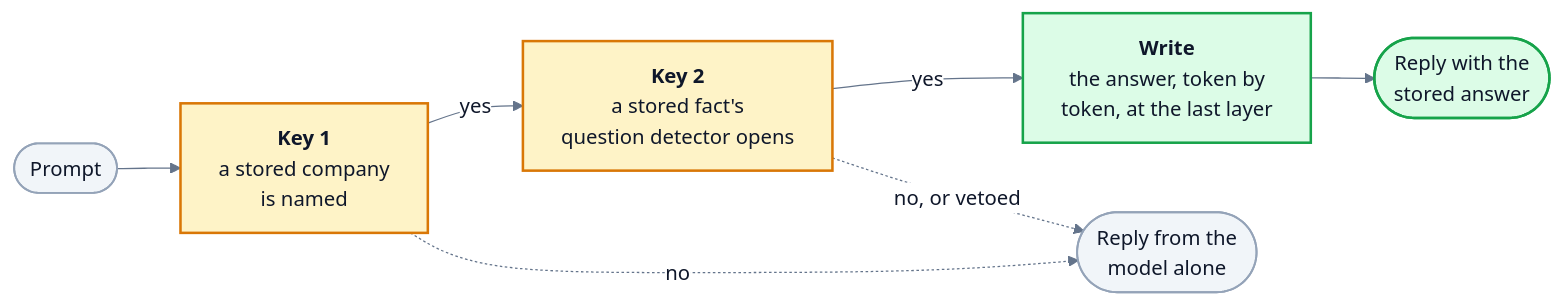
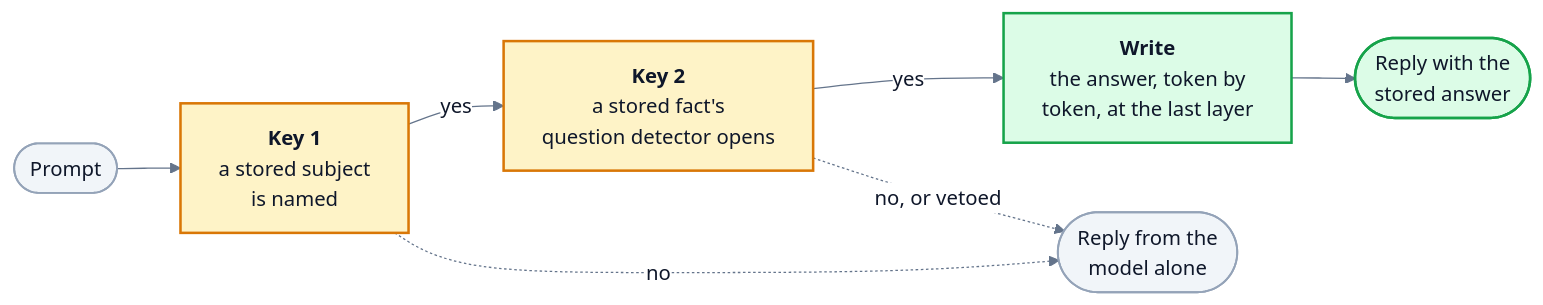
The diagram in README.md (GhoshSrinjoy/CramSchool), drawn with Mermaid before and after one commit. The commit also changed other lines of this file and 4 other files, not shown here.

First line of the commit message:
Docs: a fact can be about any named subject, said where the pages said company

````diff
--- a/README.md
+++ b/README.md
@@ -100,16 +101,16 @@
 ```mermaid
 %%{init: {"theme": "base", "themeVariables": {"fontSize": "16px", "primaryColor": "#F1F5F9", "primaryTextColor": "#0F172A", "primaryBorderColor": "#94A3B8", "lineColor": "#64748B", "edgeLabelBackground": "#FFFFFF"}}}%%
 flowchart LR
-    P(["Prompt"]) --> K1["<b>Key 1</b><br/>a stored company<br/>is named"]
+    P(["Prompt"]) --> K1["<b>Key 1</b><br/>a stored subject<br/>is named"]
     K1 -->|yes| K2["<b>Key 2</b><br/>a stored fact's<br/>question detector opens"]
     K2 -->|yes| PU["<b>Write</b><br/>the answer, token by<br/>token, at the last layer"]
     PU --> A(["Reply with the<br/>stored answer"])
     K1 -.->|no| M(["Reply from the<br/>model alone"])
     K2 -.->|"no, or vetoed"| M
     classDef key fill:#FEF3C7,stroke:#D97706,stroke-width:2px,color:#0F172A
     classDef good fill:#DCFCE7,stroke:#16A34A,stroke-width:2px,color:#0F172A
     classDef plain fill:#F1F5F9,stroke:#94A3B8,stroke-width:1.5px,color:#0F172A
     class K1,K2 key
     class PU,A good
     class P,M plain
 ```
````
